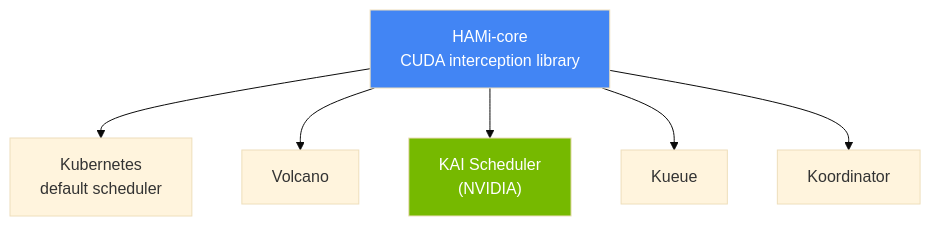
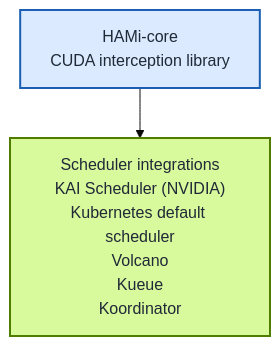
One commit to Project-HAMi/website changed the third of 3 diagrams in blog/hami-core-adopted-by-nvidia-kai-scheduler/index.md. Above: the diagram before and after it, drawn with Mermaid (base theme). The commit also changed other lines of this file and 1 other file, not shown here.

Commit message:
fix: update mermaid diagrams for clarity and consistency in KAI Scheduler integration

````diff
--- a/blog/hami-core-adopted-by-nvidia-kai-scheduler/index.md
+++ b/blog/hami-core-adopted-by-nvidia-kai-scheduler/index.md
@@ -204,14 +191,11 @@
 ```mermaid
 %% title: HAMi-core Scheduler Ecosystem
 graph TD
     HAMI["HAMi-core<br/>CUDA interception library"]
+    SCHEDULERS["Scheduler integrations<br/>KAI Scheduler (NVIDIA)<br/>Kubernetes default scheduler<br/>Volcano<br/>Kueue<br/>Koordinator"]
 
-    HAMI --> K8S["Kubernetes<br/>default scheduler"]
-    HAMI --> VOLCANO[Volcano]
-    HAMI --> KAI["KAI Scheduler<br/>(NVIDIA)"]
-    HAMI --> Kueue
-    HAMI --> Koordinator
+    HAMI --> SCHEDULERS
 
-    style HAMI fill:#4285f4,color:#fff
-    style KAI fill:#76b900,color:#fff
+    style HAMI fill:#dbeafe,stroke:#1a5fb4,stroke-width:2px,color:#1f2937
+    style SCHEDULERS fill:#d9f99d,stroke:#4f7d00,stroke-width:2px,color:#1f2937
 ```
````
